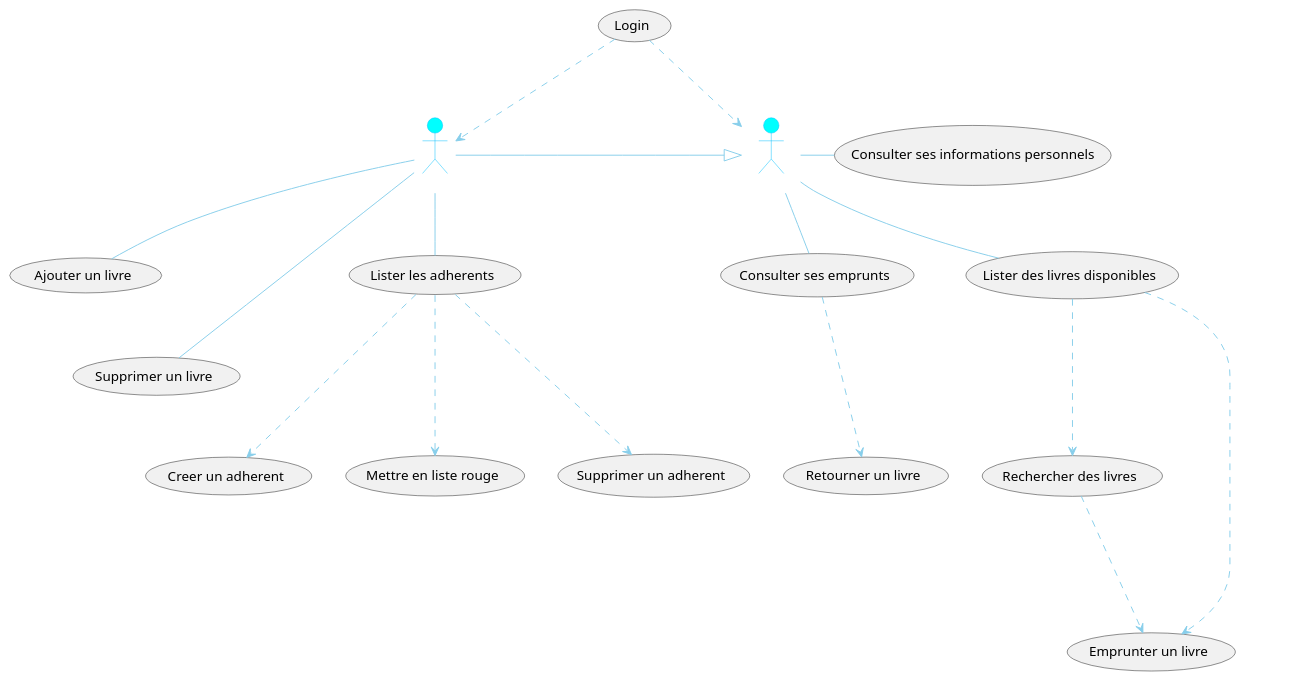
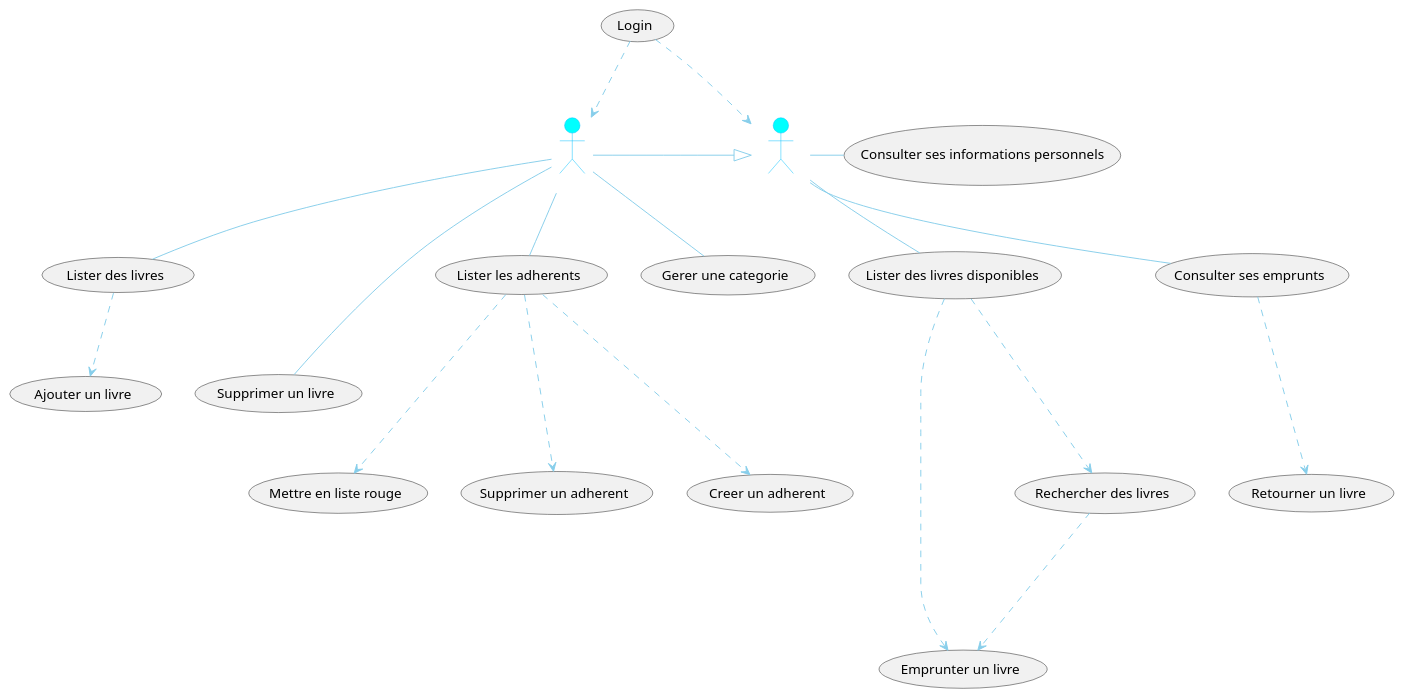
One commit to Goodmylife/Library changed the diagram in Conception/UseCase.puml. Above: the diagram before and after it, drawn with PlantUML. The commit also changed 5 other files, not shown here.

```diff
--- a/Conception/UseCase.puml
+++ b/Conception/UseCase.puml
@@ -1,34 +1,37 @@
 @startuml
 skinparam backgroundColor transparent
 skinparam {
 	ArrowColor skyblue
 	ActorBorderColor DeepSkyBlue
 	ActorBackgroundColor aqua
 	ActorFontColor white
 }
 
 ' Login
 (Login) .> Adherent: <color:white><<includes>>
 (Login) ..> Admin : <color:white><<includes>
 
 Admin -|> Adherent
 
 Adherent -- (Lister des livres disponibles)
 (Lister des livres disponibles) .> (Emprunter un livre) : <color:white><<extends>>
 (Consulter ses emprunts) ...> (Retourner un livre) : <color:white><<extends>>
 (Lister des livres disponibles) ...> (Rechercher des livres) : <color:white><<extends>>
 (Rechercher des livres)  ...> (Emprunter un livre) : <color:white><<extends>>
 Adherent - (Consulter ses informations personnels)
 Adherent -- (Consulter ses emprunts)
 
 
-Admin -- (Ajouter un livre)
+
+Admin -- (Lister des livres)
 Admin --- (Supprimer un livre)
 Admin -- (Lister les adherents)
+Admin -- (Gerer une categorie)
+(Lister des livres) ..> (Ajouter un livre) : <color: white><<extends>>
 (Lister les adherents) ...> (Supprimer un adherent) : <color:white><<extends>>
 (Lister les adherents) ...> (Creer un adherent) : <color:white><<extends>>
 (Lister les adherents) ...> (Mettre en liste rouge) : <color:white><<extends>>
 
 
 
 @enduml
```
